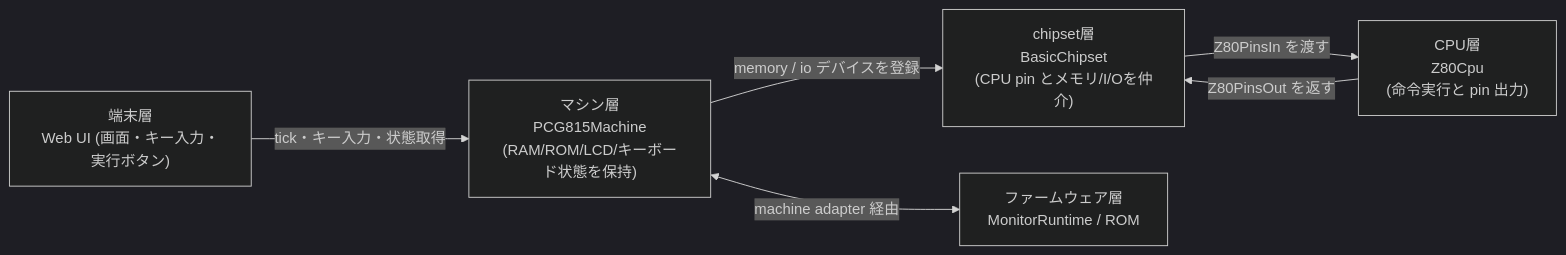
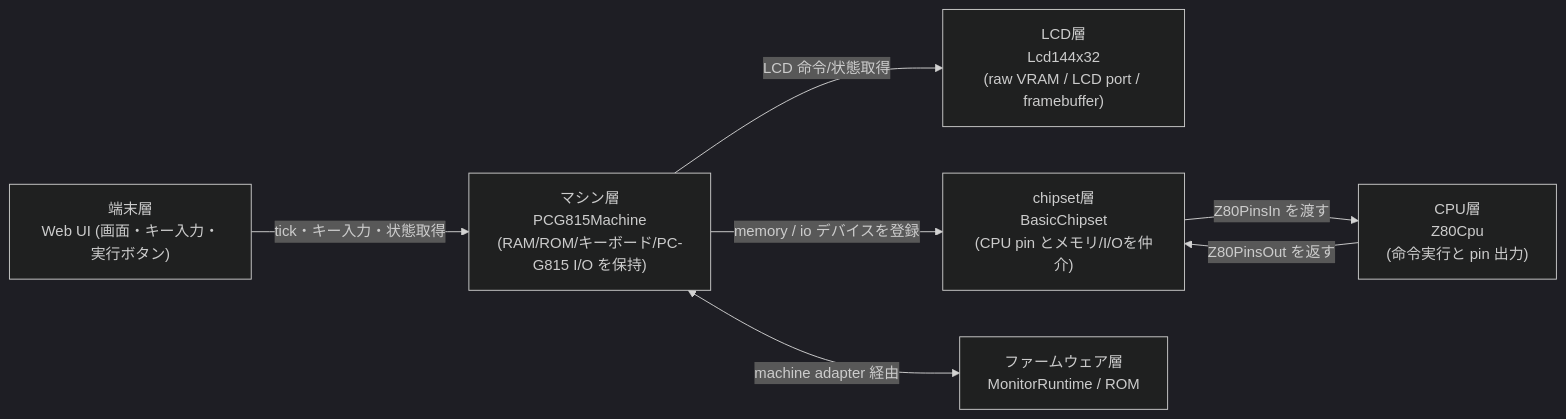
One commit to yappo/z80emuweb changed the first of 3 diagrams in docs/hardware-layer-overview.md. Above: the diagram before and after it, drawn with Mermaid (dark theme). The commit also changed other lines of this file and 33 other files, not shown here.

````diff
--- a/docs/hardware-layer-overview.md
+++ b/docs/hardware-layer-overview.md
@@ -15,14 +16,16 @@
 ```mermaid
 flowchart LR
   UI["端末層\nWeb UI (画面・キー入力・実行ボタン)"]
-  MACH["マシン層\nPCG815Machine\n(RAM/ROM/LCD/キーボード状態を保持)"]
+  MACH["マシン層\nPCG815Machine\n(RAM/ROM/キーボード/PC-G815 I/O を保持)"]
+  LCD["LCD層\nLcd144x32\n(raw VRAM / LCD port / framebuffer)"]
   CHIP["chipset層\nBasicChipset\n(CPU pin とメモリ/I/Oを仲介)"]
   CPU["CPU層\nZ80Cpu\n(命令実行と pin 出力)"]
   FW["ファームウェア層\nMonitorRuntime / ROM"]
 
   UI -->|"tick・キー入力・状態取得"| MACH
+  MACH -->|"LCD 命令/状態取得"| LCD
   MACH -->|"memory / io デバイスを登録"| CHIP
   CHIP -->|"Z80PinsIn を渡す"| CPU
   CPU -->|"Z80PinsOut を返す"| CHIP
   MACH <-->|"machine adapter 経由"| FW
 ```
````
